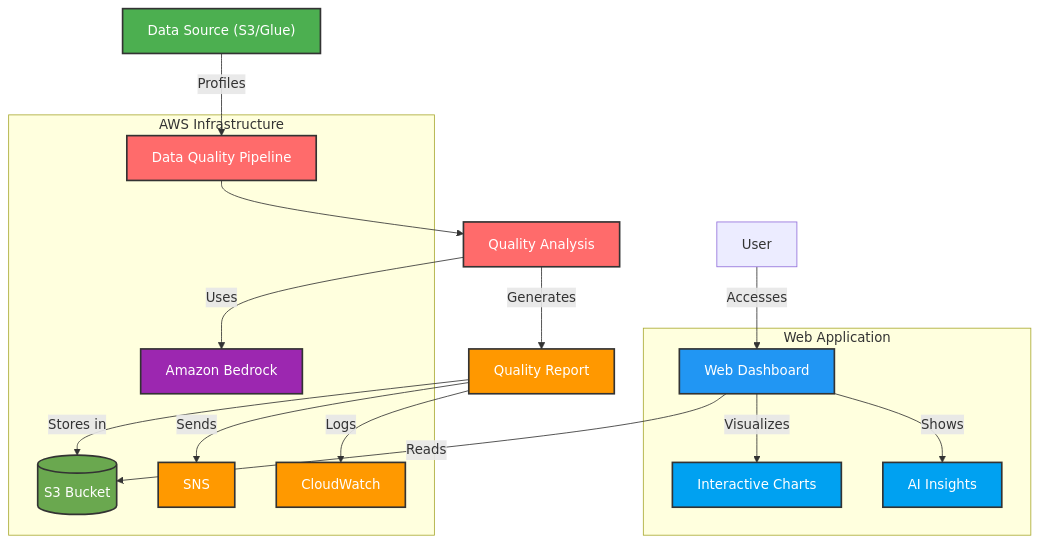
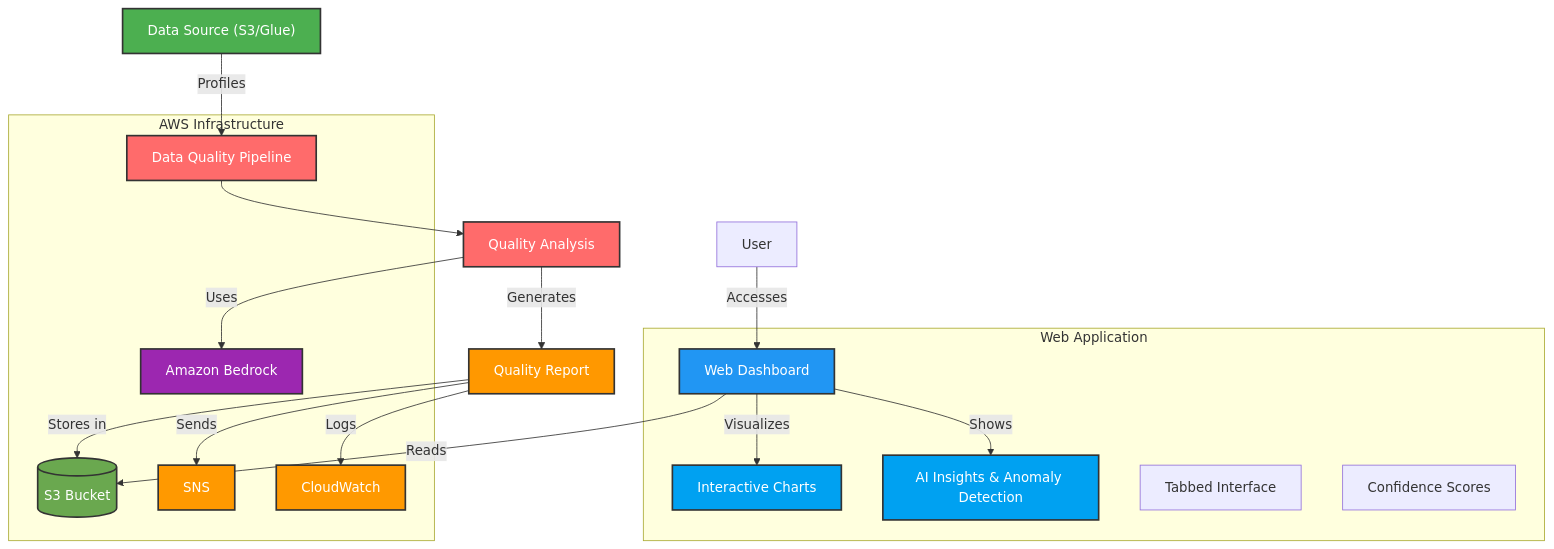
The diagram in README.md (ninjin-nerguidavaa/aws-bedrock-ai-data-quality), drawn with Mermaid before and after one commit. The commit also changed other lines of this file and 7 other files, not shown here.

````diff
--- a/README.md
+++ b/README.md
@@ -20,49 +22,51 @@
 ```mermaid
 graph TD
     %% Data Flow
     A["Data Source (S3/Glue)"] -->|Profiles| B[Data Quality Pipeline]
     B --> C[Quality Analysis]
-    C -->|Uses| D[Amazon Bedrock]
+    C -->|Uses| D[Amazon Bedrock Claude 2.1]
     C -->|Generates| E[Quality Report]
     E -->|Stores in| F[(S3 Bucket)]
     
     %% User Interaction
     G[User] -->|Accesses| H[Web Dashboard]
     H -->|Reads| F
-    H -->|Visualizes| I[Charts & Metrics]
-    H -->|Shows| J[AI Insights]
+    H -->|Visualizes| I[Interactive Charts]
+    H -->|Shows| J[AI Insights & Anomaly Detection]
     
     %% Notifications
     E -->|Sends| K[SNS Alerts]
     E -->|Logs| L[CloudWatch]
     
     subgraph "AWS Infrastructure"
         B[Data Quality Pipeline]
         D[Amazon Bedrock]
         F[(S3 Bucket)]
         K[SNS]
         L[CloudWatch]
     end
     
     subgraph "Web Application"
         H[Web Dashboard]
         I[Interactive Charts]
-        J[AI Insights]
+        J[AI Insights & Anomaly Detection]
+        M[Tabbed Interface]
+        N[Confidence Scores]
     end
     
     %% Styling
     classDef aws fill:#FF9900,stroke:#333,stroke-width:2px,color:white
     classDef app fill:#00A1F1,stroke:#333,stroke-width:2px,color:white
     classDef storage fill:#6AA84F,stroke:#333,stroke-width:2px,color:white
     classDef process fill:#FF6B6B,stroke:#333,stroke-width:2px,color:white
     
     class A,D,K,L aws;
     class H,I,J app;
     class F storage;
     class B,C,E process;
     
     style A fill:#4CAF50,stroke:#333,stroke-width:2px
     style D fill:#9C27B0,stroke:#333,stroke-width:2px
     style H fill:#2196F3,stroke:#333,stroke-width:2px
     style E fill:#FF9800,stroke:#333,stroke-width:2px
 ```
````
